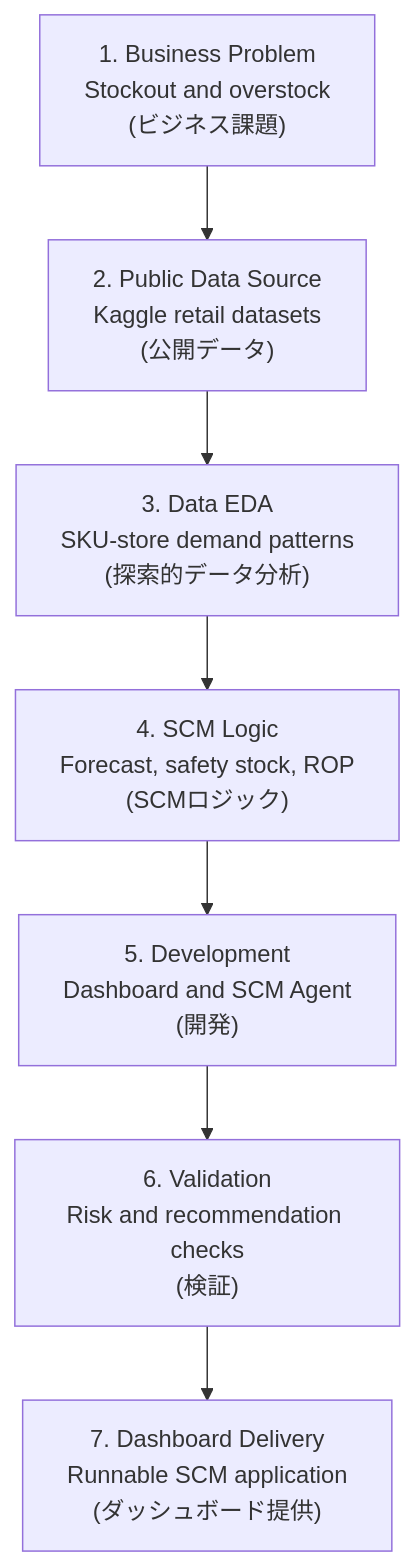
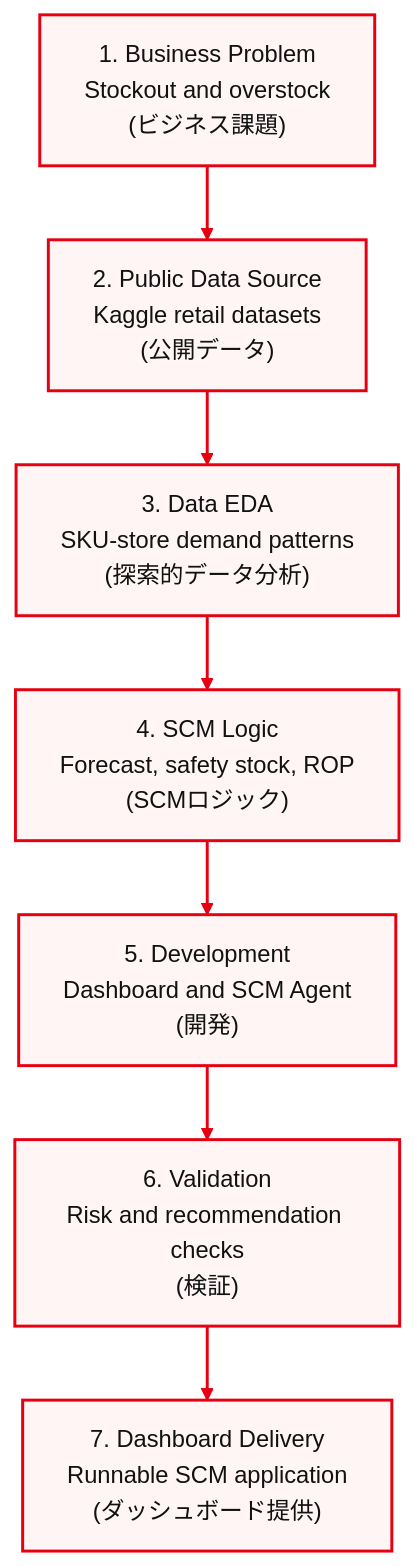
Before and after one commit to Lee2379/ai-scm-data-analysis-project: the diagram in README.md, drawn with Mermaid.

Commit message:
Apply red theme to README workflow diagram

````diff
--- a/README.md
+++ b/README.md
@@ -80,12 +80,17 @@
 ```mermaid
+%%{init: {"theme": "base", "themeVariables": {"primaryColor": "#fff5f5", "primaryBorderColor": "#e60012", "primaryTextColor": "#111111", "lineColor": "#e60012"}}}%%
 flowchart TB
     A["1. Business Problem<br/>Stockout and overstock<br/>(ビジネス課題)"]
     B["2. Public Data Source<br/>Kaggle retail datasets<br/>(公開データ)"]
     C["3. Data EDA<br/>SKU-store demand patterns<br/>(探索的データ分析)"]
     D["4. SCM Logic<br/>Forecast, safety stock, ROP<br/>(SCMロジック)"]
     E["5. Development<br/>Dashboard and SCM Agent<br/>(開発)"]
     F["6. Validation<br/>Risk and recommendation checks<br/>(検証)"]
     G["7. Dashboard Delivery<br/>Runnable SCM application<br/>(ダッシュボード提供)"]
 
     A --> B --> C --> D --> E --> F --> G
+
+    classDef redBox fill:#fff5f5,stroke:#e60012,stroke-width:2px,color:#111111;
+    class A,B,C,D,E,F,G redBox;
+    linkStyle default stroke:#e60012,stroke-width:2px;
 ```
````
